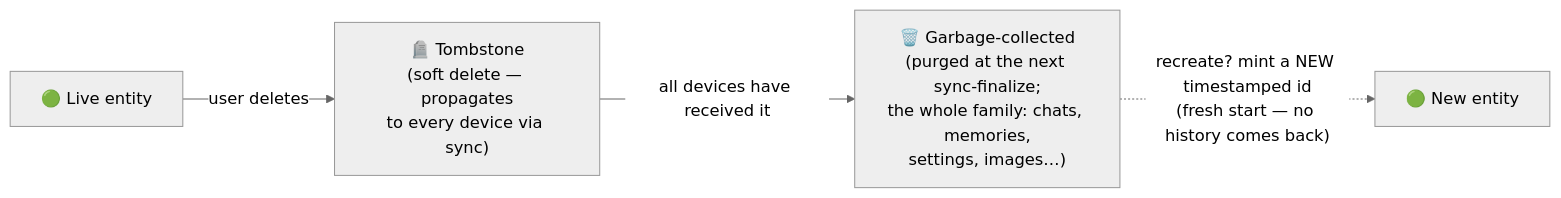
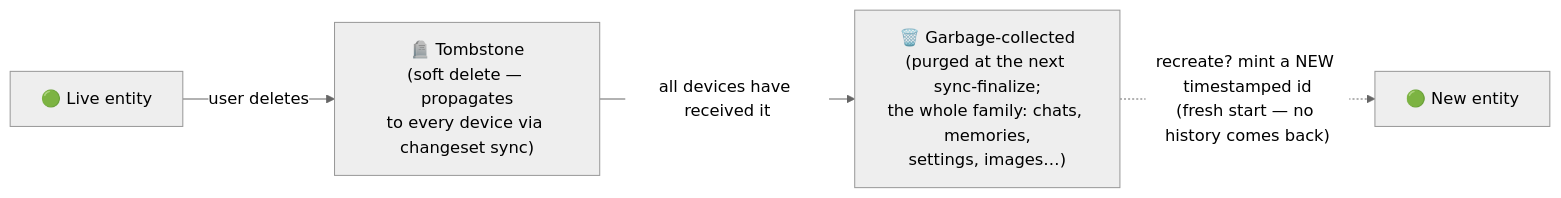
The third of 3 diagrams in docs/entity-interaction-model.md (harmony-ai-solutions/harmony-ai-app), drawn with Mermaid (neutral theme) before and after one commit. The commit also changed other lines of this file and 354 other files, not shown here.

````diff
--- a/docs/entity-interaction-model.md
+++ b/docs/entity-interaction-model.md
@@ -228,6 +236,6 @@
 ```mermaid
 flowchart LR
-    L["🟢 Live entity"] -- "user deletes" --> T["🪦 Tombstone<br/>(soft delete — propagates<br/>to every device via sync)"]
+    L["🟢 Live entity"] -- "user deletes" --> T["🪦 Tombstone<br/>(soft delete — propagates<br/>to every device via changeset sync)"]
     T -- "all devices have received it" --> G["🗑️ Garbage-collected<br/>(purged at the next sync-finalize;<br/>the whole family: chats, memories,<br/>settings, images…)"]
     G -. "recreate? mint a NEW timestamped id<br/>(fresh start — no history comes back)" .-> L2["🟢 New entity"]
 ```
````
